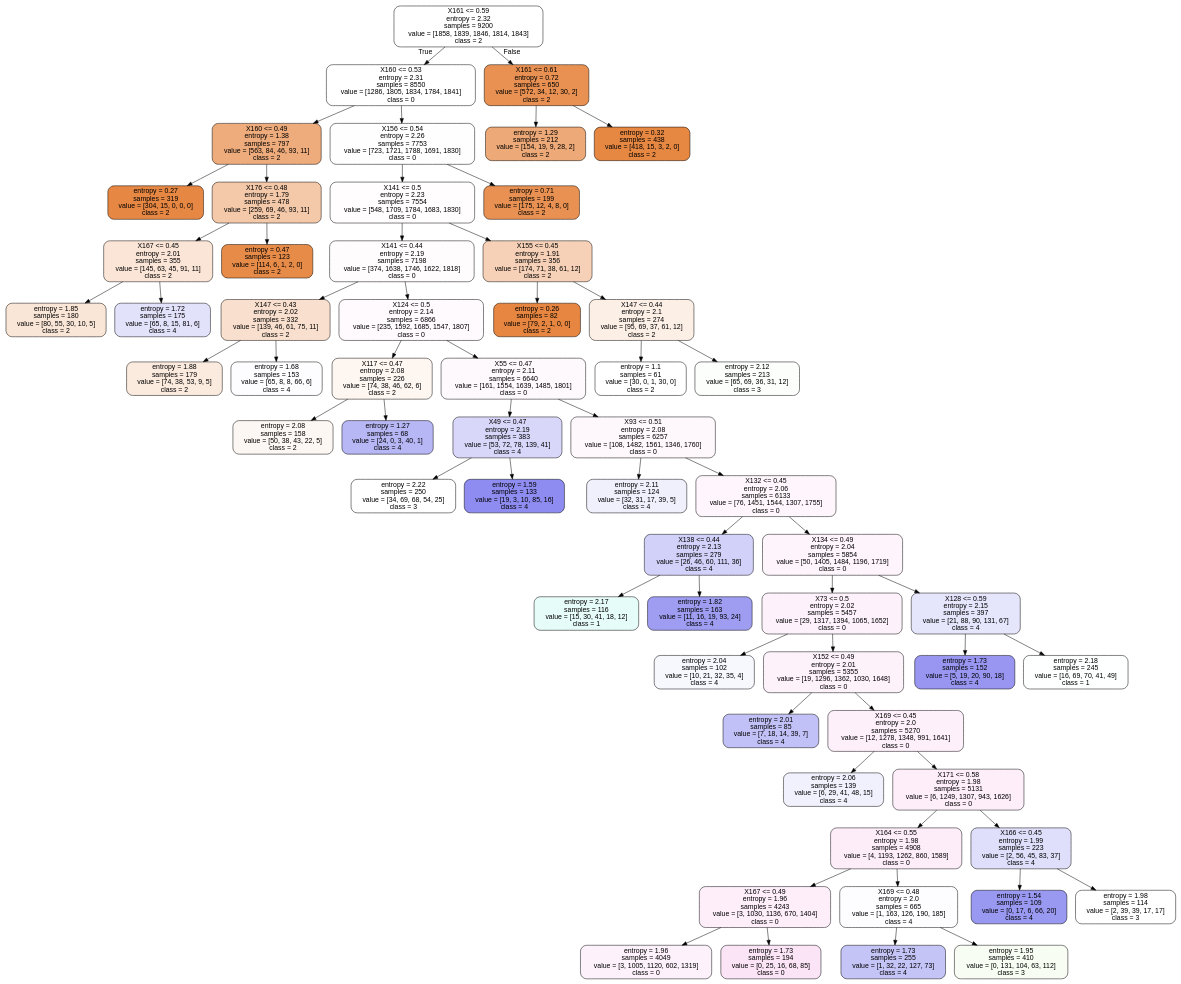
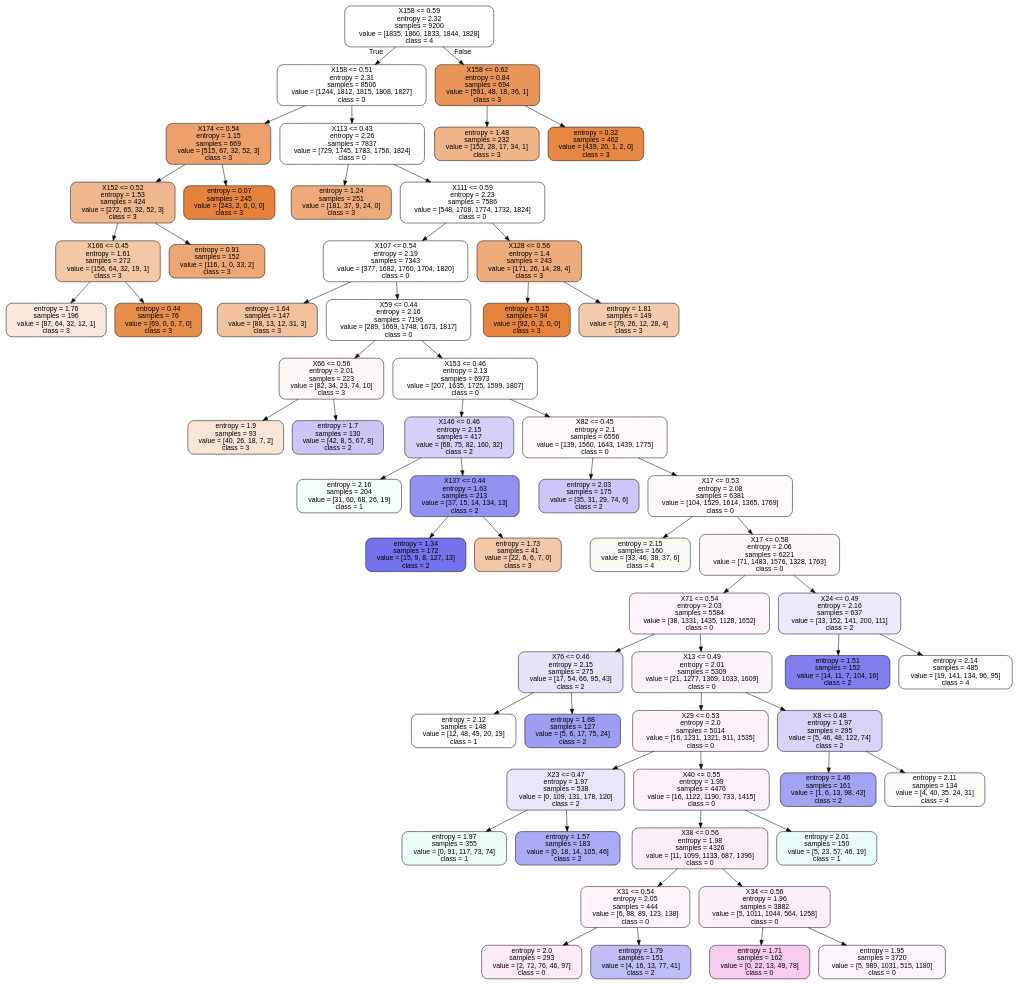
The diagram in output_data/multivariate_analysis/initial/decision_tree/tree.dot (Manneq/Epileptic_Seizure_Recognition), drawn with Graphviz before and after one commit. The commit also changed 5 other files, not shown here.

```diff
--- a/output_data/multivariate_analysis/initial/decision_tree/tree.dot
+++ b/output_data/multivariate_analysis/initial/decision_tree/tree.dot
@@ -1,121 +1,121 @@
 digraph Tree {
 node [shape=box, style="filled, rounded", color="black", fontname=helvetica] ;
 edge [fontname=helvetica] ;
-0 [label="X161 <= 0.59\nentropy = 2.32\nsamples = 9200\nvalue = [1858, 1839, 1846, 1814, 1843]\nclass = 2", fillcolor="#ffffff"] ;
-1 [label="X160 <= 0.53\nentropy = 2.31\nsamples = 8550\nvalue = [1286, 1805, 1834, 1784, 1841]\nclass = 0", fillcolor="#ffffff"] ;
+0 [label="X158 <= 0.59\nentropy = 2.32\nsamples = 9200\nvalue = [1835, 1860, 1833, 1844, 1828]\nclass = 4", fillcolor="#ffffff"] ;
+1 [label="X158 <= 0.51\nentropy = 2.31\nsamples = 8506\nvalue = [1244, 1812, 1815, 1808, 1827]\nclass = 0", fillcolor="#ffffff"] ;
 0 -> 1 [labeldistance=2.5, labelangle=45, headlabel="True"] ;
-3 [label="X160 <= 0.49\nentropy = 1.38\nsamples = 797\nvalue = [563, 84, 46, 93, 11]\nclass = 2", fillcolor="#eeab7b"] ;
+3 [label="X174 <= 0.54\nentropy = 1.15\nsamples = 669\nvalue = [515, 67, 32, 52, 3]\nclass = 3", fillcolor="#eca16c"] ;
 1 -> 3 ;
-13 [label="entropy = 0.27\nsamples = 319\nvalue = [304, 15, 0, 0, 0]\nclass = 2", fillcolor="#e68743"] ;
-3 -> 13 ;
-14 [label="X176 <= 0.48\nentropy = 1.79\nsamples = 478\nvalue = [259, 69, 46, 93, 11]\nclass = 2", fillcolor="#f4c9aa"] ;
-3 -> 14 ;
-21 [label="X167 <= 0.45\nentropy = 2.01\nsamples = 355\nvalue = [145, 63, 45, 91, 11]\nclass = 2", fillcolor="#fae5d6"] ;
-14 -> 21 ;
-25 [label="entropy = 1.85\nsamples = 180\nvalue = [80, 55, 30, 10, 5]\nclass = 2", fillcolor="#fae6d7"] ;
-21 -> 25 ;
-26 [label="entropy = 1.72\nsamples = 175\nvalue = [65, 8, 15, 81, 6]\nclass = 4", fillcolor="#e3e2fb"] ;
-21 -> 26 ;
-22 [label="entropy = 0.47\nsamples = 123\nvalue = [114, 6, 1, 2, 0]\nclass = 2", fillcolor="#e78b48"] ;
-14 -> 22 ;
-4 [label="X156 <= 0.54\nentropy = 2.26\nsamples = 7753\nvalue = [723, 1721, 1788, 1691, 1830]\nclass = 0", fillcolor="#fffeff"] ;
+21 [label="X152 <= 0.52\nentropy = 1.53\nsamples = 424\nvalue = [272, 65, 32, 52, 3]\nclass = 3", fillcolor="#f0b68d"] ;
+3 -> 21 ;
+31 [label="X166 <= 0.45\nentropy = 1.61\nsamples = 272\nvalue = [156, 64, 32, 19, 1]\nclass = 3", fillcolor="#f4c7a7"] ;
+21 -> 31 ;
+43 [label="entropy = 1.76\nsamples = 196\nvalue = [87, 64, 32, 12, 1]\nclass = 3", fillcolor="#fae9dc"] ;
+31 -> 43 ;
+44 [label="entropy = 0.44\nsamples = 76\nvalue = [69, 0, 0, 7, 0]\nclass = 3", fillcolor="#e88e4d"] ;
+31 -> 44 ;
+32 [label="entropy = 0.91\nsamples = 152\nvalue = [116, 1, 0, 33, 2]\nclass = 3", fillcolor="#eda775"] ;
+21 -> 32 ;
+22 [label="entropy = 0.07\nsamples = 245\nvalue = [243, 2, 0, 0, 0]\nclass = 3", fillcolor="#e5823b"] ;
+3 -> 22 ;
+4 [label="X113 <= 0.43\nentropy = 2.26\nsamples = 7837\nvalue = [729, 1745, 1783, 1756, 1824]\nclass = 0", fillcolor="#fffeff"] ;
 1 -> 4 ;
-5 [label="X141 <= 0.5\nentropy = 2.23\nsamples = 7554\nvalue = [548, 1709, 1784, 1683, 1830]\nclass = 0", fillcolor="#fffdfe"] ;
+5 [label="entropy = 1.24\nsamples = 251\nvalue = [181, 37, 9, 24, 0]\nclass = 3", fillcolor="#eeaa7a"] ;
 4 -> 5 ;
-7 [label="X141 <= 0.44\nentropy = 2.19\nsamples = 7198\nvalue = [374, 1638, 1746, 1622, 1818]\nclass = 0", fillcolor="#fffcfe"] ;
-5 -> 7 ;
-9 [label="X147 <= 0.43\nentropy = 2.02\nsamples = 332\nvalue = [139, 46, 61, 75, 11]\nclass = 2", fillcolor="#f9e0ce"] ;
+6 [label="X111 <= 0.59\nentropy = 2.23\nsamples = 7586\nvalue = [548, 1708, 1774, 1732, 1824]\nclass = 0", fillcolor="#fffdfe"] ;
+4 -> 6 ;
+7 [label="X107 <= 0.54\nentropy = 2.19\nsamples = 7343\nvalue = [377, 1682, 1760, 1704, 1820]\nclass = 0", fillcolor="#fffdfe"] ;
+6 -> 7 ;
+9 [label="entropy = 1.64\nsamples = 147\nvalue = [88, 13, 12, 31, 3]\nclass = 3", fillcolor="#f2c19e"] ;
 7 -> 9 ;
-27 [label="entropy = 1.88\nsamples = 179\nvalue = [74, 38, 53, 9, 5]\nclass = 2", fillcolor="#fbeade"] ;
-9 -> 27 ;
-28 [label="entropy = 1.68\nsamples = 153\nvalue = [65, 8, 8, 66, 6]\nclass = 4", fillcolor="#fdfdff"] ;
-9 -> 28 ;
-10 [label="X124 <= 0.5\nentropy = 2.14\nsamples = 6866\nvalue = [235, 1592, 1685, 1547, 1807]\nclass = 0", fillcolor="#fefafe"] ;
+10 [label="X59 <= 0.44\nentropy = 2.16\nsamples = 7196\nvalue = [289, 1669, 1748, 1673, 1817]\nclass = 0", fillcolor="#fffcfe"] ;
 7 -> 10 ;
-11 [label="X117 <= 0.47\nentropy = 2.08\nsamples = 226\nvalue = [74, 38, 46, 62, 6]\nclass = 2", fillcolor="#fdf6f1"] ;
+11 [label="X66 <= 0.56\nentropy = 2.01\nsamples = 223\nvalue = [82, 34, 23, 74, 10]\nclass = 3", fillcolor="#fef8f4"] ;
 10 -> 11 ;
-43 [label="entropy = 2.08\nsamples = 158\nvalue = [50, 38, 43, 22, 5]\nclass = 2", fillcolor="#fdf7f3"] ;
-11 -> 43 ;
-44 [label="entropy = 1.27\nsamples = 68\nvalue = [24, 0, 3, 40, 1]\nclass = 4", fillcolor="#b8b7f6"] ;
-11 -> 44 ;
-12 [label="X55 <= 0.47\nentropy = 2.11\nsamples = 6640\nvalue = [161, 1554, 1639, 1485, 1801]\nclass = 0", fillcolor="#fef9fd"] ;
+47 [label="entropy = 1.9\nsamples = 93\nvalue = [40, 26, 18, 7, 2]\nclass = 3", fillcolor="#fae5d6"] ;
+11 -> 47 ;
+48 [label="entropy = 1.7\nsamples = 130\nvalue = [42, 8, 5, 67, 8]\nclass = 2", fillcolor="#c8c7f8"] ;
+11 -> 48 ;
+12 [label="X153 <= 0.46\nentropy = 2.13\nsamples = 6973\nvalue = [207, 1635, 1725, 1599, 1807]\nclass = 0", fillcolor="#fffcfe"] ;
 10 -> 12 ;
-15 [label="X49 <= 0.47\nentropy = 2.19\nsamples = 383\nvalue = [53, 72, 78, 139, 41]\nclass = 4", fillcolor="#d8d7fa"] ;
-12 -> 15 ;
-31 [label="entropy = 2.22\nsamples = 250\nvalue = [34, 69, 68, 54, 25]\nclass = 3", fillcolor="#fefffe"] ;
-15 -> 31 ;
-32 [label="entropy = 1.59\nsamples = 133\nvalue = [19, 3, 10, 85, 16]\nclass = 4", fillcolor="#8e8cf0"] ;
-15 -> 32 ;
-16 [label="X93 <= 0.51\nentropy = 2.08\nsamples = 6257\nvalue = [108, 1482, 1561, 1346, 1760]\nclass = 0", fillcolor="#fef7fc"] ;
-12 -> 16 ;
-17 [label="entropy = 2.11\nsamples = 124\nvalue = [32, 31, 17, 39, 5]\nclass = 4", fillcolor="#f0f0fd"] ;
+13 [label="X146 <= 0.46\nentropy = 2.15\nsamples = 417\nvalue = [68, 75, 82, 160, 32]\nclass = 2", fillcolor="#d2d1f9"] ;
+12 -> 13 ;
+19 [label="entropy = 2.16\nsamples = 204\nvalue = [31, 60, 68, 26, 19]\nclass = 1", fillcolor="#f4fefc"] ;
+13 -> 19 ;
+20 [label="X137 <= 0.44\nentropy = 1.63\nsamples = 213\nvalue = [37, 15, 14, 134, 13]\nclass = 2", fillcolor="#9492f1"] ;
+13 -> 20 ;
+51 [label="entropy = 1.34\nsamples = 172\nvalue = [15, 9, 8, 127, 13]\nclass = 2", fillcolor="#7472ec"] ;
+20 -> 51 ;
+52 [label="entropy = 1.73\nsamples = 41\nvalue = [22, 6, 6, 7, 0]\nclass = 3", fillcolor="#f4c7a8"] ;
+20 -> 52 ;
+14 [label="X82 <= 0.45\nentropy = 2.1\nsamples = 6556\nvalue = [139, 1560, 1643, 1439, 1775]\nclass = 0", fillcolor="#fefafd"] ;
+12 -> 14 ;
+15 [label="entropy = 2.03\nsamples = 175\nvalue = [35, 31, 29, 74, 6]\nclass = 2", fillcolor="#c9c8f8"] ;
+14 -> 15 ;
+16 [label="X17 <= 0.53\nentropy = 2.08\nsamples = 6381\nvalue = [104, 1529, 1614, 1365, 1769]\nclass = 0", fillcolor="#fef9fd"] ;
+14 -> 16 ;
+17 [label="entropy = 2.15\nsamples = 160\nvalue = [33, 46, 38, 37, 6]\nclass = 4", fillcolor="#f6fdf2"] ;
 16 -> 17 ;
-18 [label="X132 <= 0.45\nentropy = 2.06\nsamples = 6133\nvalue = [76, 1451, 1544, 1307, 1755]\nclass = 0", fillcolor="#fef6fc"] ;
+18 [label="X17 <= 0.58\nentropy = 2.06\nsamples = 6221\nvalue = [71, 1483, 1576, 1328, 1763]\nclass = 0", fillcolor="#fef7fc"] ;
 16 -> 18 ;
-19 [label="X138 <= 0.44\nentropy = 2.13\nsamples = 279\nvalue = [26, 46, 60, 111, 36]\nclass = 4", fillcolor="#d2d1f9"] ;
-18 -> 19 ;
-47 [label="entropy = 2.17\nsamples = 116\nvalue = [15, 30, 41, 18, 12]\nclass = 1", fillcolor="#e6fcf8"] ;
-19 -> 47 ;
-48 [label="entropy = 1.82\nsamples = 163\nvalue = [11, 16, 19, 93, 24]\nclass = 4", fillcolor="#9e9df2"] ;
-19 -> 48 ;
-20 [label="X134 <= 0.49\nentropy = 2.04\nsamples = 5854\nvalue = [50, 1405, 1484, 1196, 1719]\nclass = 0", fillcolor="#fef4fc"] ;
-18 -> 20 ;
-29 [label="X73 <= 0.5\nentropy = 2.02\nsamples = 5457\nvalue = [29, 1317, 1394, 1065, 1652]\nclass = 0", fillcolor="#fdf2fb"] ;
-20 -> 29 ;
-33 [label="entropy = 2.04\nsamples = 102\nvalue = [10, 21, 32, 35, 4]\nclass = 4", fillcolor="#f7f7fe"] ;
-29 -> 33 ;
-34 [label="X152 <= 0.49\nentropy = 2.01\nsamples = 5355\nvalue = [19, 1296, 1362, 1030, 1648]\nclass = 0", fillcolor="#fdf1fa"] ;
-29 -> 34 ;
-35 [label="entropy = 2.01\nsamples = 85\nvalue = [7, 18, 14, 39, 7]\nclass = 4", fillcolor="#c2c1f7"] ;
-34 -> 35 ;
-36 [label="X169 <= 0.45\nentropy = 2.0\nsamples = 5270\nvalue = [12, 1278, 1348, 991, 1641]\nclass = 0", fillcolor="#fdf0fa"] ;
-34 -> 36 ;
-45 [label="entropy = 2.06\nsamples = 139\nvalue = [6, 29, 41, 48, 15]\nclass = 4", fillcolor="#f1f1fd"] ;
-36 -> 45 ;
-46 [label="X171 <= 0.58\nentropy = 1.98\nsamples = 5131\nvalue = [6, 1249, 1307, 943, 1626]\nclass = 0", fillcolor="#fdeefa"] ;
-36 -> 46 ;
-49 [label="X164 <= 0.55\nentropy = 1.98\nsamples = 4908\nvalue = [4, 1193, 1262, 860, 1589]\nclass = 0", fillcolor="#fdedf9"] ;
-46 -> 49 ;
-53 [label="X167 <= 0.49\nentropy = 1.96\nsamples = 4243\nvalue = [3, 1030, 1136, 670, 1404]\nclass = 0", fillcolor="#fdeefa"] ;
+23 [label="X71 <= 0.54\nentropy = 2.03\nsamples = 5584\nvalue = [38, 1331, 1435, 1128, 1652]\nclass = 0", fillcolor="#fef5fc"] ;
+18 -> 23 ;
+29 [label="X76 <= 0.46\nentropy = 2.15\nsamples = 275\nvalue = [17, 54, 66, 95, 43]\nclass = 2", fillcolor="#e4e4fb"] ;
+23 -> 29 ;
+35 [label="entropy = 2.12\nsamples = 148\nvalue = [12, 48, 49, 20, 19]\nclass = 1", fillcolor="#fdfffe"] ;
+29 -> 35 ;
+36 [label="entropy = 1.68\nsamples = 127\nvalue = [5, 6, 17, 75, 24]\nclass = 2", fillcolor="#9e9df2"] ;
+29 -> 36 ;
+30 [label="X13 <= 0.49\nentropy = 2.01\nsamples = 5309\nvalue = [21, 1277, 1369, 1033, 1609]\nclass = 0", fillcolor="#fdf3fb"] ;
+23 -> 30 ;
+33 [label="X29 <= 0.53\nentropy = 2.0\nsamples = 5014\nvalue = [16, 1231, 1321, 911, 1535]\nclass = 0", fillcolor="#fdf4fb"] ;
+30 -> 33 ;
+39 [label="X23 <= 0.47\nentropy = 1.97\nsamples = 538\nvalue = [0, 109, 131, 178, 120]\nclass = 2", fillcolor="#e8e8fc"] ;
+33 -> 39 ;
+41 [label="entropy = 1.97\nsamples = 355\nvalue = [0, 91, 117, 73, 74]\nclass = 1", fillcolor="#ecfcf9"] ;
+39 -> 41 ;
+42 [label="entropy = 1.57\nsamples = 183\nvalue = [0, 18, 14, 105, 46]\nclass = 2", fillcolor="#abaaf4"] ;
+39 -> 42 ;
+40 [label="X40 <= 0.55\nentropy = 1.99\nsamples = 4476\nvalue = [16, 1122, 1190, 733, 1415]\nclass = 0", fillcolor="#fdf1fb"] ;
+33 -> 40 ;
+49 [label="X38 <= 0.56\nentropy = 1.98\nsamples = 4326\nvalue = [11, 1099, 1133, 687, 1396]\nclass = 0", fillcolor="#fdeffa"] ;
+40 -> 49 ;
+53 [label="X31 <= 0.54\nentropy = 2.05\nsamples = 444\nvalue = [6, 88, 89, 123, 138]\nclass = 0", fillcolor="#fef6fc"] ;
 49 -> 53 ;
-57 [label="entropy = 1.96\nsamples = 4049\nvalue = [3, 1005, 1120, 602, 1319]\nclass = 0", fillcolor="#fdf2fb"] ;
+57 [label="entropy = 2.0\nsamples = 293\nvalue = [2, 72, 76, 46, 97]\nclass = 0", fillcolor="#fcecf9"] ;
 53 -> 57 ;
-58 [label="entropy = 1.73\nsamples = 194\nvalue = [0, 25, 16, 68, 85]\nclass = 0", fillcolor="#fbe4f6"] ;
+58 [label="entropy = 1.79\nsamples = 151\nvalue = [4, 16, 13, 77, 41]\nclass = 2", fillcolor="#bfbef6"] ;
 53 -> 58 ;
-54 [label="X169 <= 0.48\nentropy = 2.0\nsamples = 665\nvalue = [1, 163, 126, 190, 185]\nclass = 4", fillcolor="#fdfdff"] ;
+54 [label="X34 <= 0.56\nentropy = 1.96\nsamples = 3882\nvalue = [5, 1011, 1044, 564, 1258]\nclass = 0", fillcolor="#fdf0fa"] ;
 49 -> 54 ;
-55 [label="entropy = 1.73\nsamples = 255\nvalue = [1, 32, 22, 127, 73]\nclass = 4", fillcolor="#c5c4f7"] ;
+55 [label="entropy = 1.71\nsamples = 162\nvalue = [0, 22, 13, 49, 78]\nclass = 0", fillcolor="#f8ccef"] ;
 54 -> 55 ;
-56 [label="entropy = 1.95\nsamples = 410\nvalue = [0, 131, 104, 63, 112]\nclass = 3", fillcolor="#f7fdf2"] ;
+56 [label="entropy = 1.95\nsamples = 3720\nvalue = [5, 989, 1031, 515, 1180]\nclass = 0", fillcolor="#fef4fc"] ;
 54 -> 56 ;
-50 [label="X166 <= 0.45\nentropy = 1.99\nsamples = 223\nvalue = [2, 56, 45, 83, 37]\nclass = 4", fillcolor="#dfdffb"] ;
-46 -> 50 ;
-51 [label="entropy = 1.54\nsamples = 109\nvalue = [0, 17, 6, 66, 20]\nclass = 4", fillcolor="#9a99f2"] ;
-50 -> 51 ;
-52 [label="entropy = 1.98\nsamples = 114\nvalue = [2, 39, 39, 17, 17]\nclass = 3", fillcolor="#ffffff"] ;
-50 -> 52 ;
-30 [label="X128 <= 0.59\nentropy = 2.15\nsamples = 397\nvalue = [21, 88, 90, 131, 67]\nclass = 4", fillcolor="#e5e5fc"] ;
-20 -> 30 ;
-41 [label="entropy = 1.73\nsamples = 152\nvalue = [5, 19, 20, 90, 18]\nclass = 4", fillcolor="#9896f1"] ;
-30 -> 41 ;
-42 [label="entropy = 2.18\nsamples = 245\nvalue = [16, 69, 70, 41, 49]\nclass = 1", fillcolor="#feffff"] ;
-30 -> 42 ;
-8 [label="X155 <= 0.45\nentropy = 1.91\nsamples = 356\nvalue = [174, 71, 38, 61, 12]\nclass = 2", fillcolor="#f6d1b7"] ;
-5 -> 8 ;
-23 [label="entropy = 0.26\nsamples = 82\nvalue = [79, 2, 1, 0, 0]\nclass = 2", fillcolor="#e68640"] ;
-8 -> 23 ;
-24 [label="X147 <= 0.44\nentropy = 2.1\nsamples = 274\nvalue = [95, 69, 37, 61, 12]\nclass = 2", fillcolor="#fcefe6"] ;
-8 -> 24 ;
-39 [label="entropy = 1.1\nsamples = 61\nvalue = [30, 0, 1, 30, 0]\nclass = 2", fillcolor="#ffffff"] ;
-24 -> 39 ;
-40 [label="entropy = 2.12\nsamples = 213\nvalue = [65, 69, 36, 31, 12]\nclass = 3", fillcolor="#fbfefa"] ;
-24 -> 40 ;
-6 [label="entropy = 0.71\nsamples = 199\nvalue = [175, 12, 4, 8, 0]\nclass = 2", fillcolor="#e89152"] ;
-4 -> 6 ;
-2 [label="X161 <= 0.61\nentropy = 0.72\nsamples = 650\nvalue = [572, 34, 12, 30, 2]\nclass = 2", fillcolor="#e89152"] ;
+50 [label="entropy = 2.01\nsamples = 150\nvalue = [5, 23, 57, 46, 19]\nclass = 1", fillcolor="#eafcf9"] ;
+40 -> 50 ;
+34 [label="X8 <= 0.48\nentropy = 1.97\nsamples = 295\nvalue = [5, 46, 48, 122, 74]\nclass = 2", fillcolor="#d5d4f9"] ;
+30 -> 34 ;
+37 [label="entropy = 1.46\nsamples = 161\nvalue = [1, 6, 13, 98, 43]\nclass = 2", fillcolor="#a4a3f3"] ;
+34 -> 37 ;
+38 [label="entropy = 2.11\nsamples = 134\nvalue = [4, 40, 35, 24, 31]\nclass = 4", fillcolor="#f8fef5"] ;
+34 -> 38 ;
+24 [label="X24 <= 0.49\nentropy = 2.16\nsamples = 637\nvalue = [33, 152, 141, 200, 111]\nclass = 2", fillcolor="#ecebfc"] ;
+18 -> 24 ;
+25 [label="entropy = 1.51\nsamples = 152\nvalue = [14, 11, 7, 104, 16]\nclass = 2", fillcolor="#817fee"] ;
+24 -> 25 ;
+26 [label="entropy = 2.14\nsamples = 485\nvalue = [19, 141, 134, 96, 95]\nclass = 4", fillcolor="#fcfefb"] ;
+24 -> 26 ;
+8 [label="X128 <= 0.56\nentropy = 1.4\nsamples = 243\nvalue = [171, 26, 14, 28, 4]\nclass = 3", fillcolor="#eeab7b"] ;
+6 -> 8 ;
+45 [label="entropy = 0.15\nsamples = 94\nvalue = [92, 0, 2, 0, 0]\nclass = 3", fillcolor="#e6843d"] ;
+8 -> 45 ;
+46 [label="entropy = 1.81\nsamples = 149\nvalue = [79, 26, 12, 28, 4]\nclass = 3", fillcolor="#f4caac"] ;
+8 -> 46 ;
+2 [label="X158 <= 0.62\nentropy = 0.84\nsamples = 694\nvalue = [591, 48, 18, 36, 1]\nclass = 3", fillcolor="#e99559"] ;
 0 -> 2 [labeldistance=2.5, labelangle=-45, headlabel="False"] ;
-37 [label="entropy = 1.29\nsamples = 212\nvalue = [154, 19, 9, 28, 2]\nclass = 2", fillcolor="#eda977"] ;
-2 -> 37 ;
-38 [label="entropy = 0.32\nsamples = 438\nvalue = [418, 15, 3, 2, 0]\nclass = 2", fillcolor="#e68742"] ;
-2 -> 38 ;
+27 [label="entropy = 1.48\nsamples = 232\nvalue = [152, 28, 17, 34, 1]\nclass = 3", fillcolor="#f0b489"] ;
+2 -> 27 ;
+28 [label="entropy = 0.32\nsamples = 462\nvalue = [439, 20, 1, 2, 0]\nclass = 3", fillcolor="#e68843"] ;
+2 -> 28 ;
 }
```
